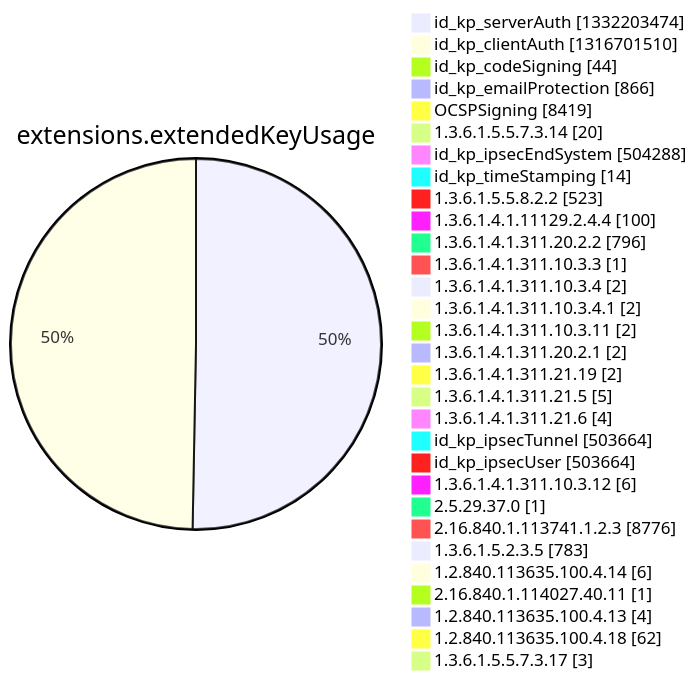
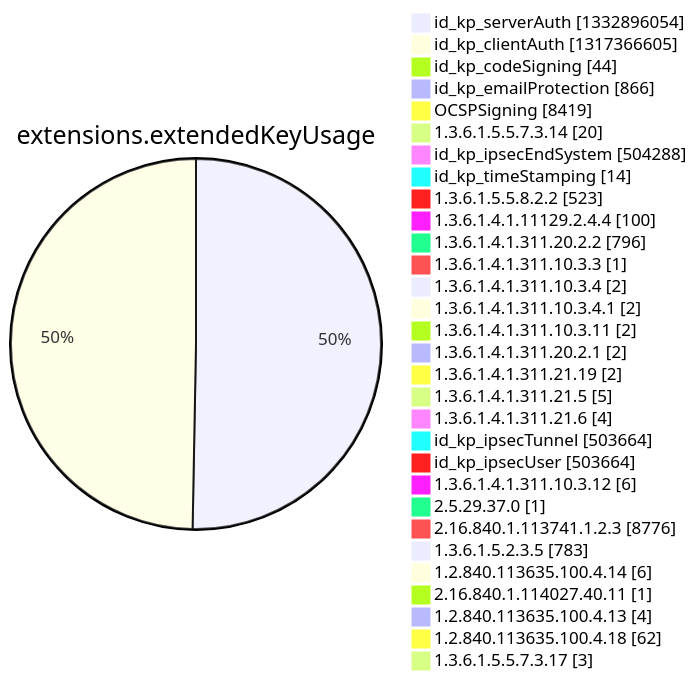
Before and after one commit to christiankrug/ctmonitor_visualization: diagram 12 of 15 in argon2022/README.md, drawn with Mermaid. The commit also changed other lines of this file, not shown here.

````diff
--- a/argon2022/README.md
+++ b/argon2022/README.md
@@ -3553,34 +3553,34 @@
 ```mermaid
 pie showData
 title extensions.extendedKeyUsage
-"id_kp_serverAuth" :1332203474
-"id_kp_clientAuth" :1316701510
+"id_kp_serverAuth" :1332896054
+"id_kp_clientAuth" :1317366605
 "id_kp_codeSigning" :44
 "id_kp_emailProtection" :866
 "OCSPSigning" :8419
 "1.3.6.1.5.5.7.3.14" :20
 "id_kp_ipsecEndSystem" :504288
 "id_kp_timeStamping" :14
 "1.3.6.1.5.5.8.2.2" :523
 "1.3.6.1.4.1.11129.2.4.4" :100
 "1.3.6.1.4.1.311.20.2.2" :796
 "1.3.6.1.4.1.311.10.3.3" :1
 "1.3.6.1.4.1.311.10.3.4" :2
 "1.3.6.1.4.1.311.10.3.4.1" :2
 "1.3.6.1.4.1.311.10.3.11" :2
 "1.3.6.1.4.1.311.20.2.1" :2
 "1.3.6.1.4.1.311.21.19" :2
 "1.3.6.1.4.1.311.21.5" :5
 "1.3.6.1.4.1.311.21.6" :4
 "id_kp_ipsecTunnel" :503664
 "id_kp_ipsecUser" :503664
 "1.3.6.1.4.1.311.10.3.12" :6
 "2.5.29.37.0" :1
 "2.16.840.1.113741.1.2.3" :8776
 "1.3.6.1.5.2.3.5" :783
 "1.2.840.113635.100.4.14" :6
 "2.16.840.1.114027.40.11" :1
 "1.2.840.113635.100.4.13" :4
 "1.2.840.113635.100.4.18" :62
 "1.3.6.1.5.5.7.3.17" :3
 ```
````
